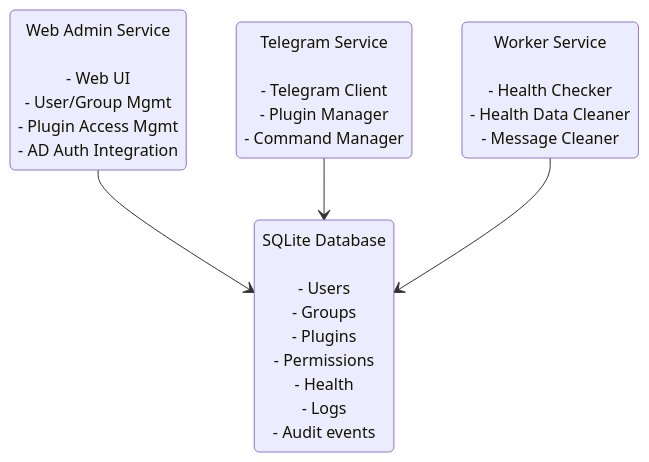
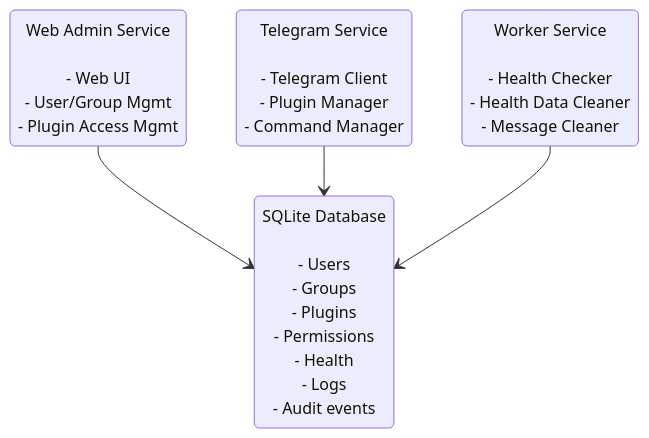
The diagram in README.md (infrabot-io/infrabot), drawn with Mermaid before and after one commit. The commit also changed 15 other files, not shown here.

````diff
--- a/README.md
+++ b/README.md
@@ -78,27 +78,26 @@
 ```mermaid
 stateDiagram-v2
     state "Web Admin Service <br>
     - Web UI
     - User/Group Mgmt
-    - Plugin Access Mgmt
-    - AD Auth Integration" as s1
+    - Plugin Access Mgmt" as s1
     state "Telegram Service <br>
     - Telegram Client
     - Plugin Manager 
     - Command Manager" as s2
     state "Worker Service  <br>
     - Health Checker
     - Health Data Cleaner
     - Message Cleaner" as s3
     state "SQLite Database <br>
     - Users
     - Groups
     - Plugins
     - Permissions
     - Health
     - Logs
     - Audit events" as s4
     s1 --> s4
     s2 --> s4
     s3 --> s4
 ```
````
